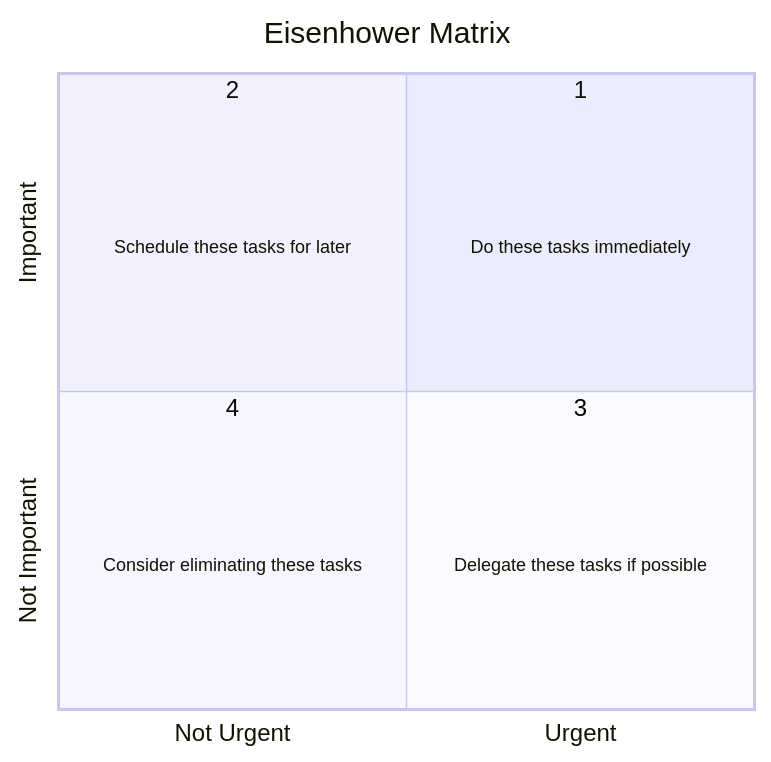
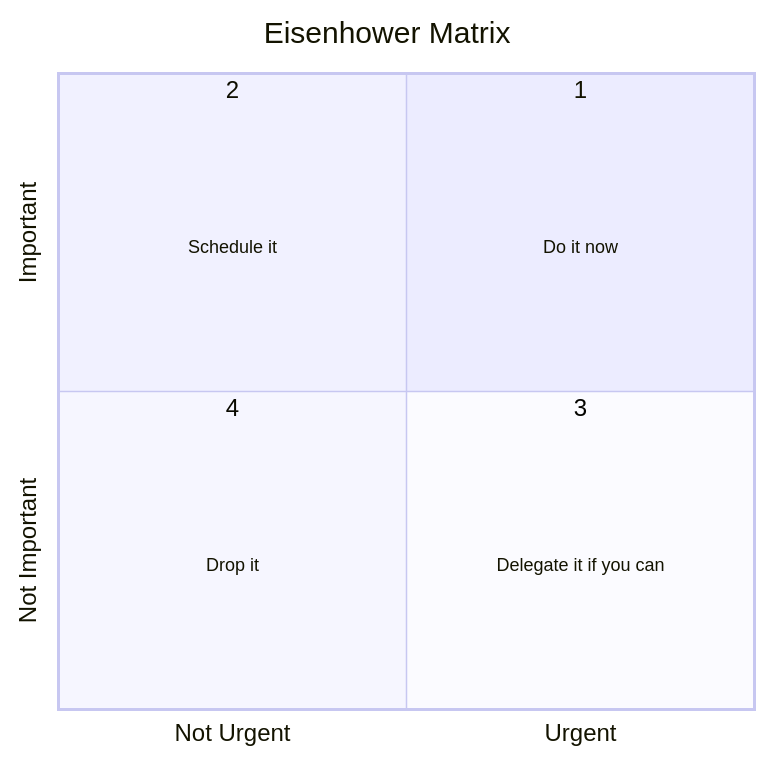
One commit to adulbrich/cs-capstone-handbook changed the second of 3 diagrams in src/content/docs/guides/planning.mdx. Above: the diagram before and after it, drawn with Mermaid. The commit also changed other lines of this file and 2 other files, not shown here.

````diff
--- a/src/content/docs/guides/planning.mdx
+++ b/src/content/docs/guides/planning.mdx
@@ -152,14 +141,14 @@
 ```mermaid
 quadrantChart
   title Eisenhower Matrix
   x-axis Not Urgent --> Urgent
   y-axis Not Important --> Important
-  quadrant-1 1 
-  quadrant-2 2 
-  quadrant-3 4 
+  quadrant-1 1
+  quadrant-2 2
+  quadrant-3 4
   quadrant-4 3
-  Do these tasks immediately: [0.75, 0.75] radius: 0
-  Schedule these tasks for later: [0.25, 0.75] radius: 0
-  Consider eliminating these tasks: [0.25, 0.25] radius: 0
-  Delegate these tasks if possible: [0.75, 0.25] radius: 0
+  Do it now: [0.75, 0.75] radius: 0
+  Schedule it: [0.25, 0.75] radius: 0
+  Drop it: [0.25, 0.25] radius: 0
+  Delegate it if you can: [0.75, 0.25] radius: 0
 ```
````
